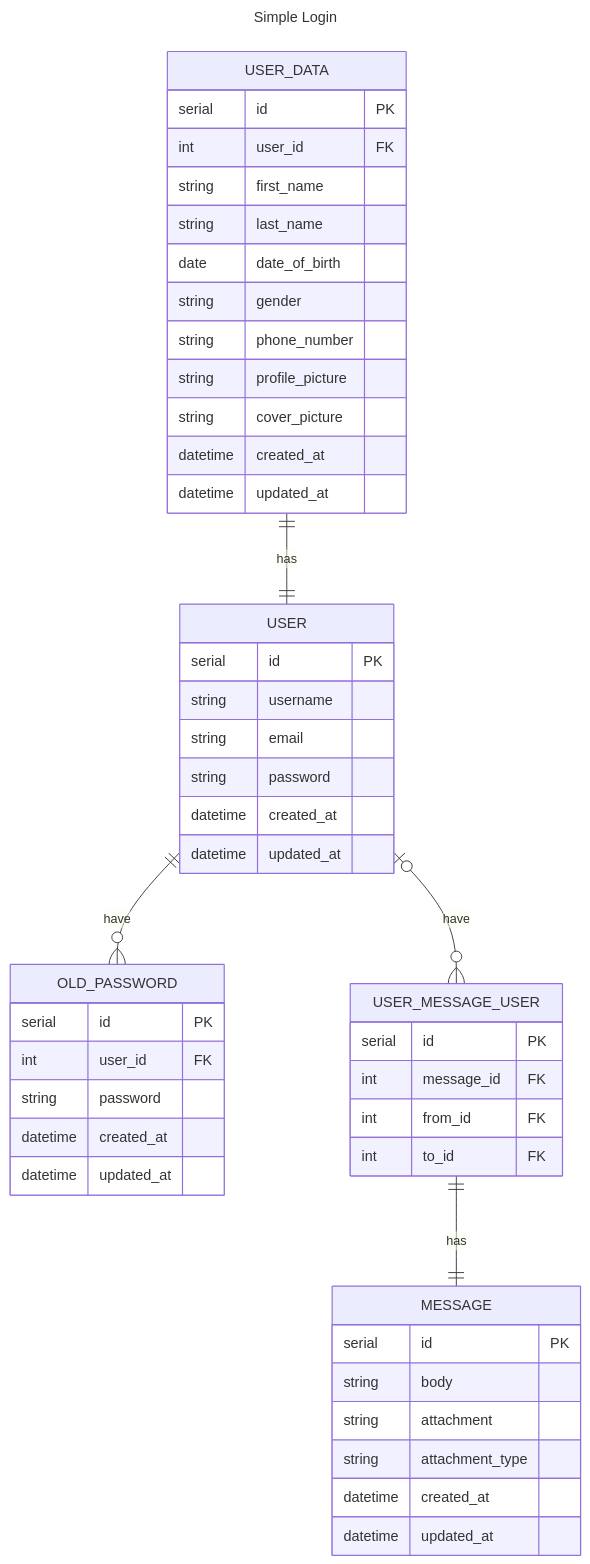
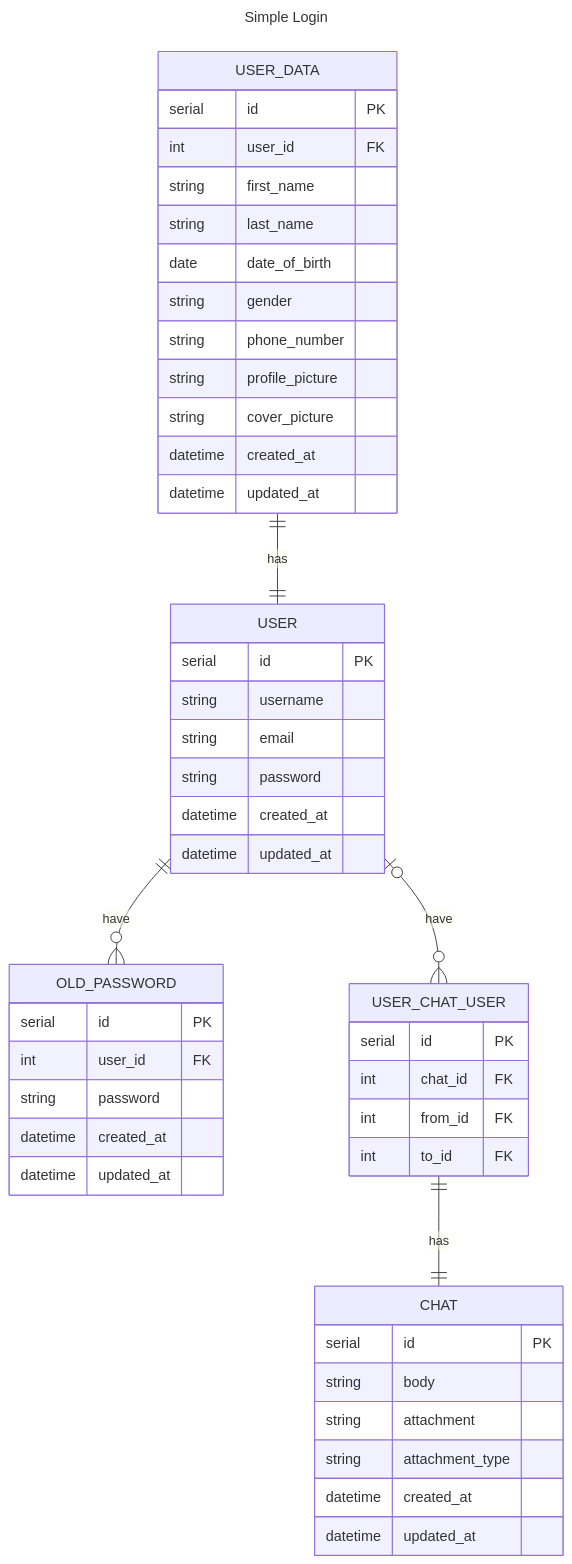
Before and after one commit to Soviena/laravel-advanced-login-template: the diagram in erd.mermaid, drawn with Mermaid. The commit also changed 24 other files, not shown here.

```diff
--- a/erd.mermaid
+++ b/erd.mermaid
@@ -1,55 +1,55 @@
 ---
 title: Simple Login
 ---
 erDiagram
     USER_DATA ||--||USER : has
     USER ||--o{ OLD_PASSWORD : have
-    USER |o--o{ USER_MESSAGE_USER : have
-    USER_MESSAGE_USER ||--|| MESSAGE : has
+    USER |o--o{ USER_CHAT_USER : have
+    USER_CHAT_USER ||--|| CHAT : has
 
     USER_DATA {
         serial id PK
         int user_id FK
         string first_name
         string last_name
         date date_of_birth
         string gender
         string phone_number
         string profile_picture
         string cover_picture
         datetime created_at
         datetime updated_at
     }
 
     USER {
         serial id PK
         string username
         string email
         string password
         datetime created_at
         datetime updated_at
     }
 
     OLD_PASSWORD {
         serial id PK
         int user_id FK
         string password
         datetime created_at
         datetime updated_at
     }
 
-    MESSAGE {
+    CHAT {
         serial id PK
         string body
         string attachment
         string attachment_type
         datetime created_at
         datetime updated_at
     }
 
-    USER_MESSAGE_USER {
+    USER_CHAT_USER {
         serial id PK
-        int message_id FK
+        int chat_id FK
         int from_id FK
         int to_id FK
     }
```
